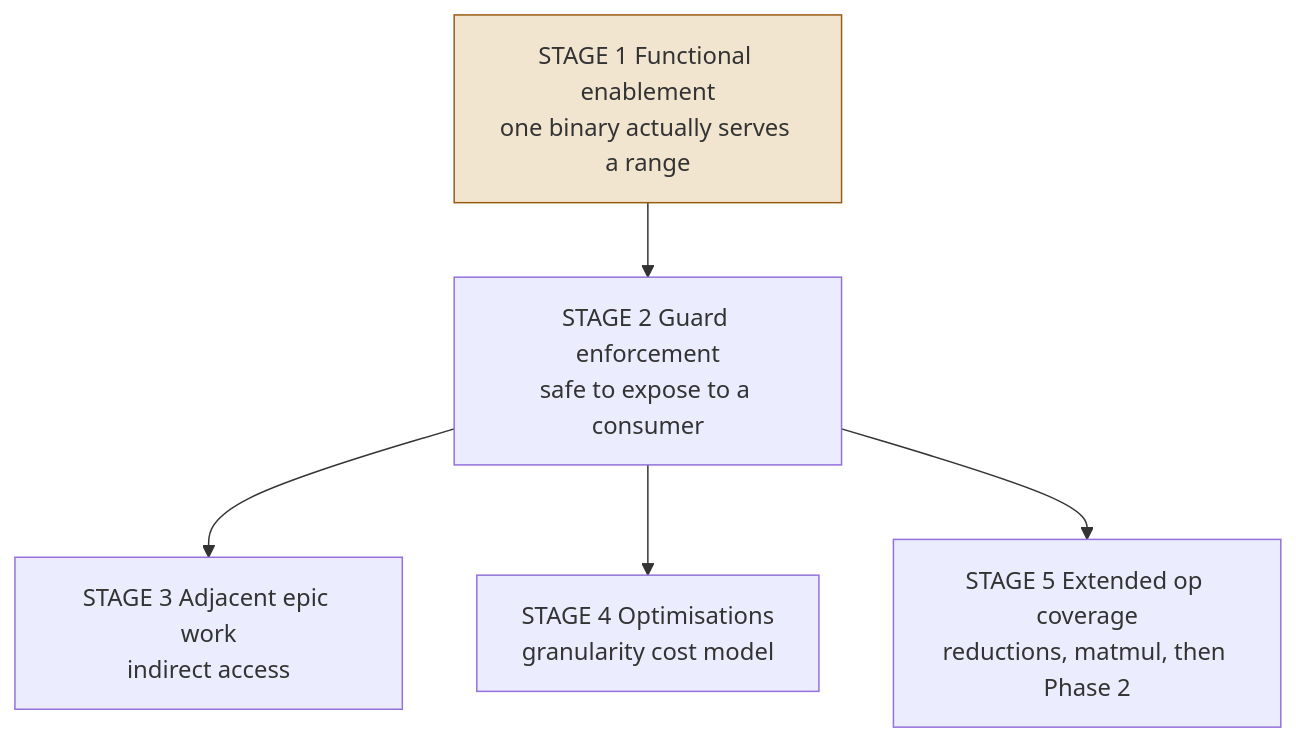
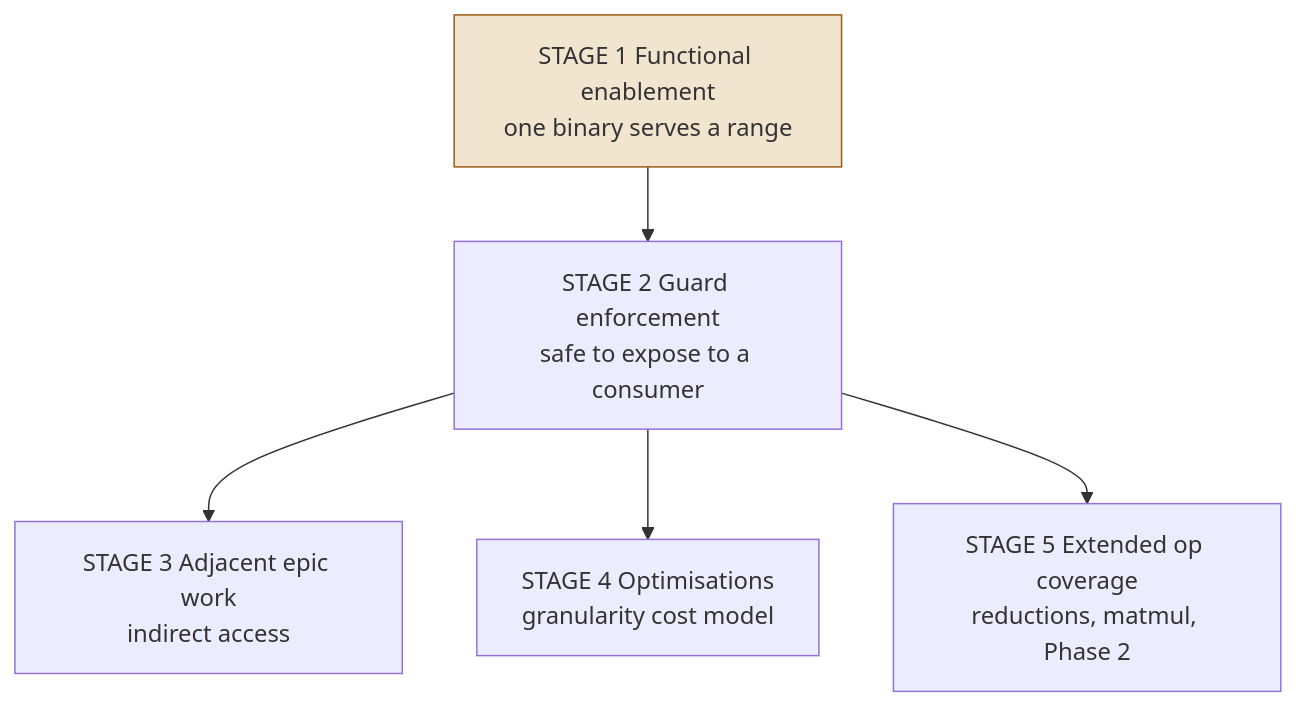
One commit to GopikrishnaGitRepo/torch-spyre changed diagram 13 of 13 in docs/source/compiler/symbolic_shapes.md. Above: the diagram before and after it, drawn with Mermaid. The commit also changed other lines of this file, not shown here.

````diff
--- a/docs/source/compiler/symbolic_shapes.md
+++ b/docs/source/compiler/symbolic_shapes.md
@@ -799,13 +836,13 @@
 ```mermaid
 flowchart TB
-  s1["STAGE 1 Functional enablement<br/>one binary actually serves a range"]
+  s1["STAGE 1 Functional enablement<br/>one binary serves a range"]
   s2["STAGE 2 Guard enforcement<br/>safe to expose to a consumer"]
   s3["STAGE 3 Adjacent epic work<br/>indirect access"]
   s4["STAGE 4 Optimisations<br/>granularity cost model"]
-  s5["STAGE 5 Extended op coverage<br/>reductions, matmul, then Phase 2"]
+  s5["STAGE 5 Extended op coverage<br/>reductions, matmul, Phase 2"]
   s1 --> s2 --> s3
   s2 --> s4
   s2 --> s5
   classDef gate fill:#f2e5d0,stroke:#9a5a12;
   class s1 gate
 ```
````
